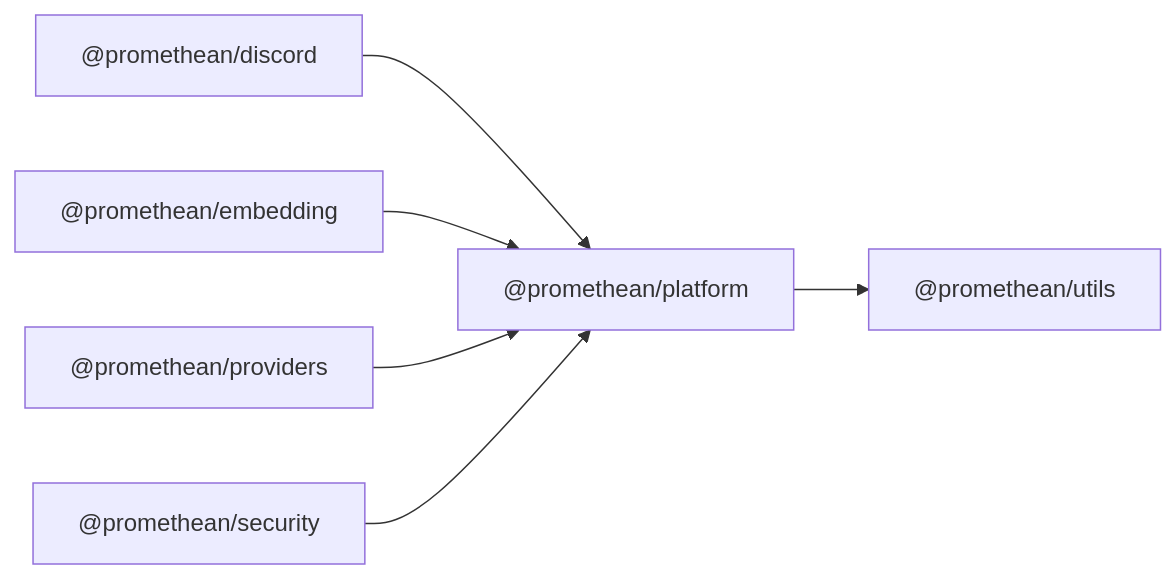
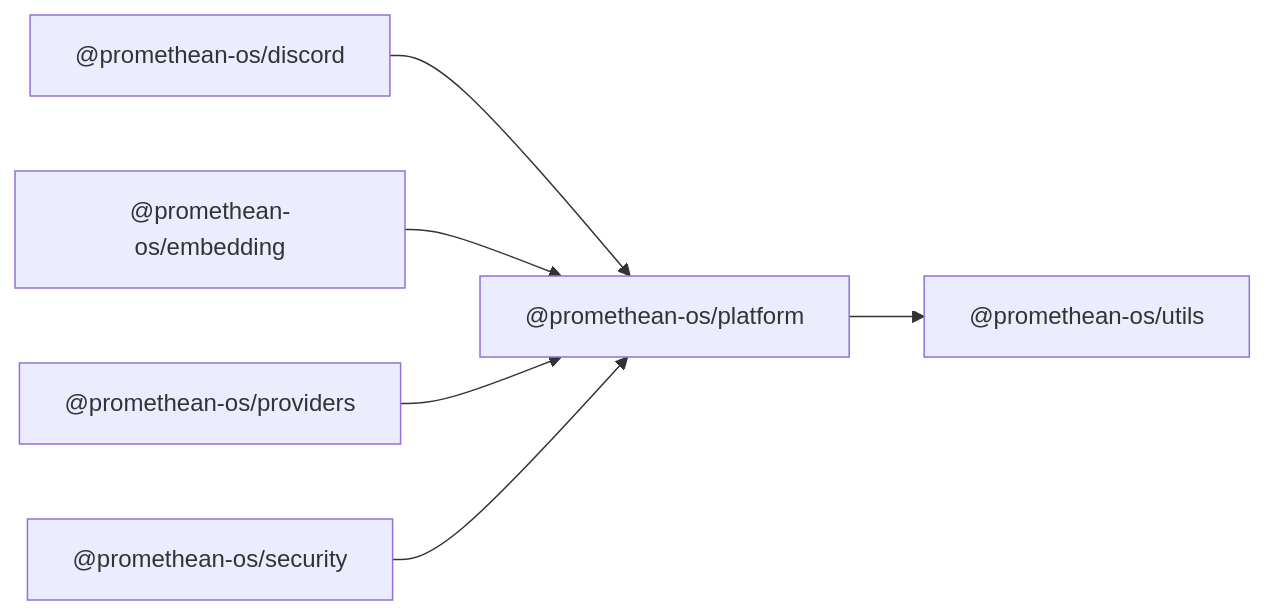
One commit to octave-commons/promethean changed the diagram in docs/packages/platform/README.md. Above: the diagram before and after it, drawn with Mermaid. The commit also changed other lines of this file and 1753 other files, not shown here.

````diff
--- a/docs/packages/platform/README.md
+++ b/docs/packages/platform/README.md
@@ -14,19 +14,19 @@
 ```mermaid
 graph LR
-  A["@promethean/platform"]
-  D1["@promethean/utils"]
-  R1["@promethean/discord"]
-  R2["@promethean/embedding"]
-  R3["@promethean/providers"]
-  R4["@promethean/security"]
-  A --> D1["@promethean/utils"]
-  R1["@promethean/discord"] --> A
-  R2["@promethean/embedding"] --> A
-  R3["@promethean/providers"] --> A
-  R4["@promethean/security"] --> A
-  click D1 "../utils/README.md" "@promethean/utils"
-  click R1 "../discord/README.md" "@promethean/discord"
-  click R2 "../embedding/README.md" "@promethean/embedding"
-  click R3 "../providers/README.md" "@promethean/providers"
-  click R4 "../security/README.md" "@promethean/security"
+  A["@promethean-os/platform"]
+  D1["@promethean-os/utils"]
+  R1["@promethean-os/discord"]
+  R2["@promethean-os/embedding"]
+  R3["@promethean-os/providers"]
+  R4["@promethean-os/security"]
+  A --> D1["@promethean-os/utils"]
+  R1["@promethean-os/discord"] --> A
+  R2["@promethean-os/embedding"] --> A
+  R3["@promethean-os/providers"] --> A
+  R4["@promethean-os/security"] --> A
+  click D1 "../utils/README.md" "@promethean-os/utils"
+  click R1 "../discord/README.md" "@promethean-os/discord"
+  click R2 "../embedding/README.md" "@promethean-os/embedding"
+  click R3 "../providers/README.md" "@promethean-os/providers"
+  click R4 "../security/README.md" "@promethean-os/security"
 ```
````
